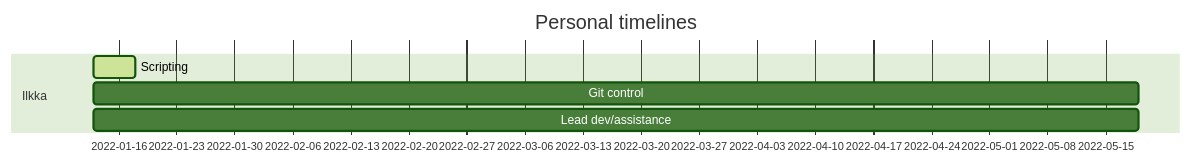
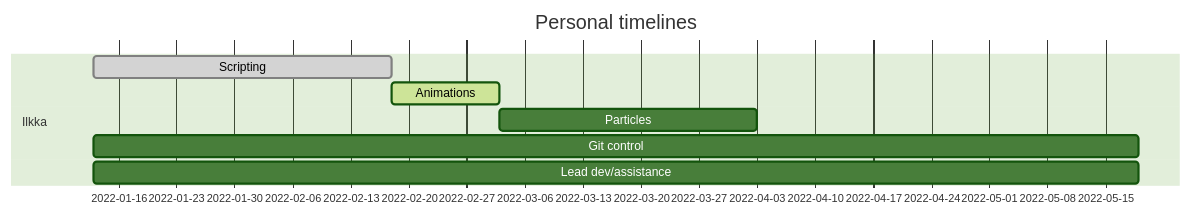
The second of 3 diagrams in docs/ProjectPlan.md (IlkkaTakala/Eril-Engine), drawn with Mermaid (forest theme) before and after one commit. The commit also changed other lines of this file and 1 other file, not shown here.

````diff
--- a/docs/ProjectPlan.md
+++ b/docs/ProjectPlan.md
@@ -70,10 +71,12 @@
 ```mermaid
 gantt
 dateFormat  DD-MM
 title Personal timelines
 
 section Ilkka
-Scripting               :active,    ides1, 13-01, 5d
+Scripting               :done,      ides1, 13-01, 18-02
+Animations              :active,    ides2, after ides1, 03-03
+Particles               :           ides5, after ides2, 03-04
 Git control             :           ides3, 13-01, 18w
 Lead dev/assistance     :           ides4, 13-01, 18w
 ```
````
